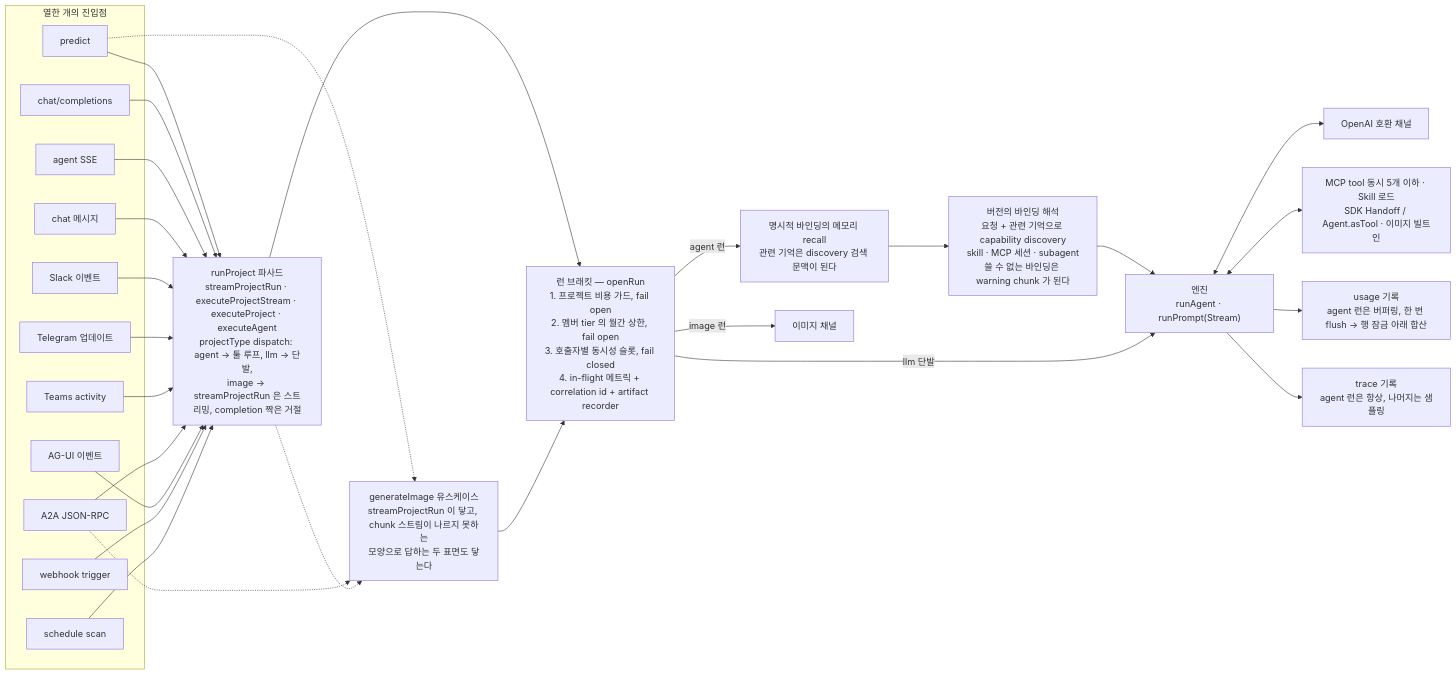
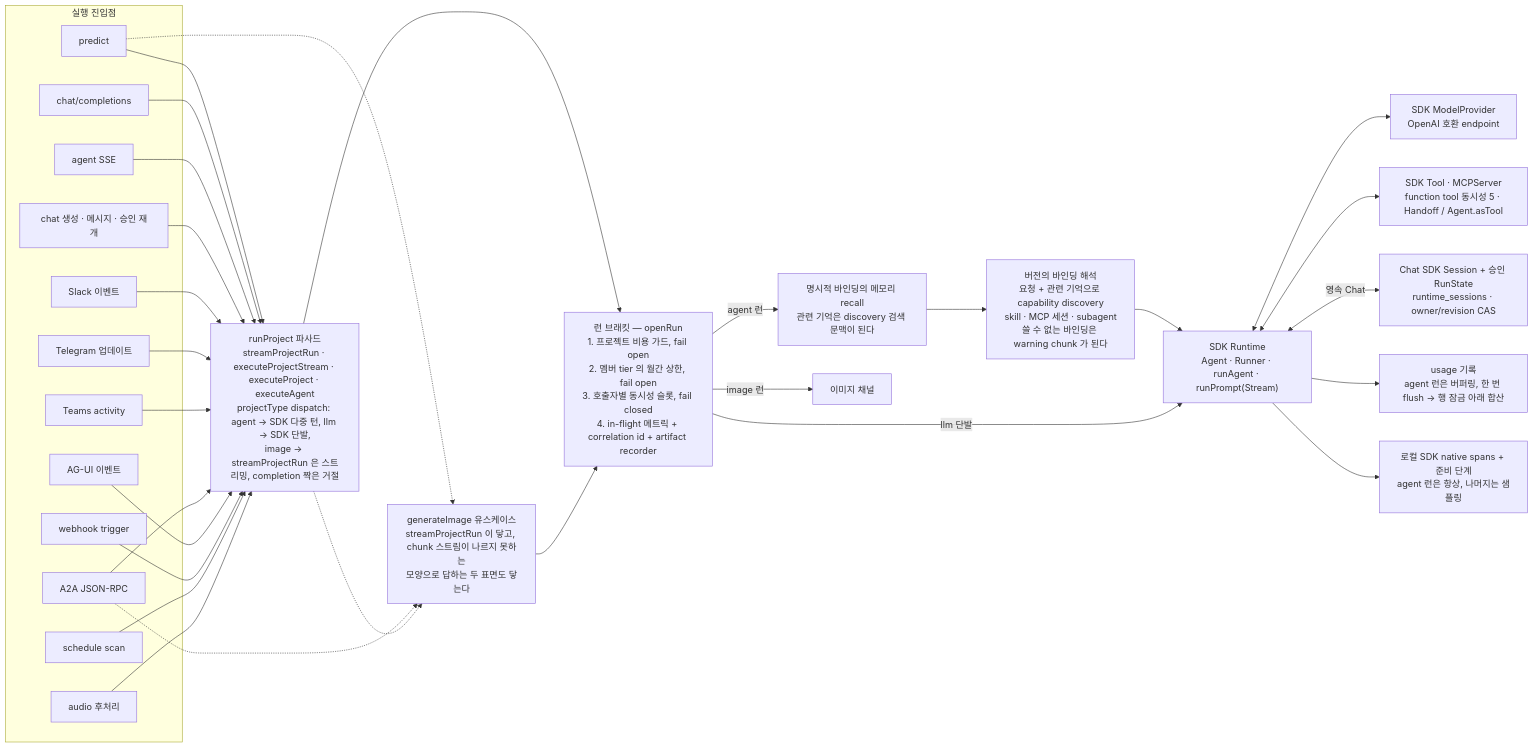
The second of 4 diagrams in docs/ARCHITECTURE.md (opspresso/agent-studio), drawn with Mermaid before and after one commit. The commit also changed other lines of this file and 12 other files, not shown here.

Commit message:
docs: align docs with the current SDK runtime

````diff
--- a/docs/ARCHITECTURE.md
+++ b/docs/ARCHITECTURE.md
@@ -414,52 +420,56 @@
 ```mermaid
 flowchart LR
-  subgraph surfaces["열한 개의 진입점"]
+  subgraph surfaces["실행 진입점"]
     predict["predict"]
     cc["chat/completions"]
     agentsse["agent SSE"]
-    chat["chat 메시지"]
+    chat["chat 생성 · 메시지 · 승인 재개"]
     slack["Slack 이벤트"]
     telegram["Telegram 업데이트"]
     teams["Teams activity"]
     a2a["A2A JSON-RPC"]
     agui["AG-UI 이벤트"]
     webhook["webhook trigger"]
     schedule["schedule scan"]
+    audio["audio 후처리"]
   end
 
-  facade["runProject 파사드<br/>streamProjectRun · executeProjectStream · executeProject · executeAgent<br/>projectType dispatch: agent → 툴 루프, llm → 단발,<br/>image → streamProjectRun 은 스트리밍, completion 짝은 거절"]
+  facade["runProject 파사드<br/>streamProjectRun · executeProjectStream · executeProject · executeAgent<br/>projectType dispatch: agent → SDK 다중 턴, llm → SDK 단발,<br/>image → streamProjectRun 은 스트리밍, completion 짝은 거절"]
   imageuc["generateImage 유스케이스<br/>streamProjectRun 이 닿고, chunk 스트림이 나르지 못하는<br/>모양으로 답하는 두 표면도 닿는다"]
   bracket["런 브래킷 — openRun<br/>1. 프로젝트 비용 가드, fail open<br/>2. 멤버 tier 의 월간 상한, fail open<br/>3. 호출자별 동시성 슬롯, fail closed<br/>4. in-flight 메트릭 + correlation id + artifact recorder"]
   memory["명시적 바인딩의 메모리 recall<br/>관련 기억은 discovery 검색 문맥이 된다"]
   resolve["버전의 바인딩 해석<br/>요청 + 관련 기억으로 capability discovery<br/>skill · MCP 세션 · subagent<br/>쓸 수 없는 바인딩은 warning chunk 가 된다"]
-  engine["엔진<br/>runAgent · runPrompt(Stream)"]
-  channel["OpenAI 호환 채널"]
+  engine["SDK Runtime<br/>Agent · Runner · runAgent · runPrompt(Stream)"]
+  channel["SDK ModelProvider<br/>OpenAI 호환 endpoint"]
   imagechannel["이미지 채널"]
-  tools["MCP tool 동시 5개 이하 · Skill 로드<br/>SDK Handoff / Agent.asTool · 이미지 빌트인"]
+  tools["SDK Tool · MCPServer<br/>function tool 동시성 5 · Handoff / Agent.asTool"]
+  session["Chat SDK Session + 승인 RunState<br/>runtime_sessions · owner/revision CAS"]
   usage["usage 기록<br/>agent 런은 버퍼링, 한 번 flush → 행 잠금 아래 합산"]
-  trace["trace 기록<br/>agent 런은 항상, 나머지는 샘플링"]
+  trace["로컬 SDK native spans + 준비 단계<br/>agent 런은 항상, 나머지는 샘플링"]
 
   predict --> facade
   cc --> facade
   agentsse --> facade
   chat --> facade
   slack --> facade
   telegram --> facade
   teams --> facade
   a2a --> facade
   agui --> facade
   webhook --> facade
   schedule --> facade
+  audio --> facade
   predict -.-> imageuc
   a2a -.-> imageuc
   facade -.-> imageuc
   facade --> bracket
   imageuc --> bracket
   bracket -->|"agent 런"| memory --> resolve --> engine
   bracket -->|"llm 단발"| engine
   bracket -->|"image 런"| imagechannel
   engine <--> channel
   engine <--> tools
+  engine <-->|"영속 Chat"| session
   engine --> usage
   engine --> trace
 ```
````
